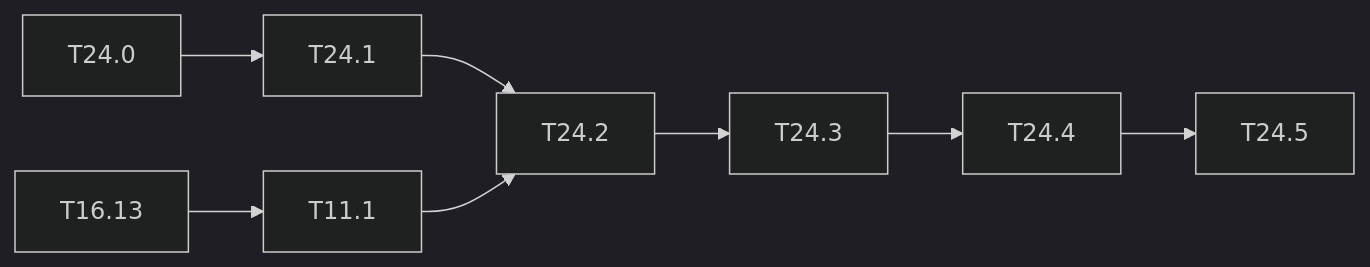
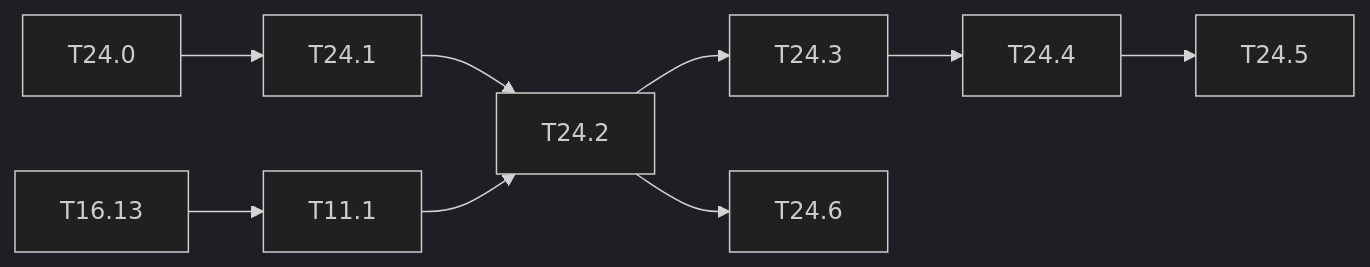
The diagram in docs/tasks/M24-yolov4-tiny.md (lrivals/EmbeddedComputervision), drawn with Mermaid (dark theme) before and after one commit. The commit also changed other lines of this file and 4 other files, not shown here.

````diff
--- a/docs/tasks/M24-yolov4-tiny.md
+++ b/docs/tasks/M24-yolov4-tiny.md
@@ -92,6 +153,7 @@
 ```mermaid
 graph LR
   T240[T24.0] --> T241[T24.1] --> T242[T24.2] --> T243[T24.3] --> T244[T24.4] --> T245[T24.5]
+  T242 --> T246[T24.6]
   T111[T11.1] --> T242
   T1613[T16.13] --> T111
 ```
````
